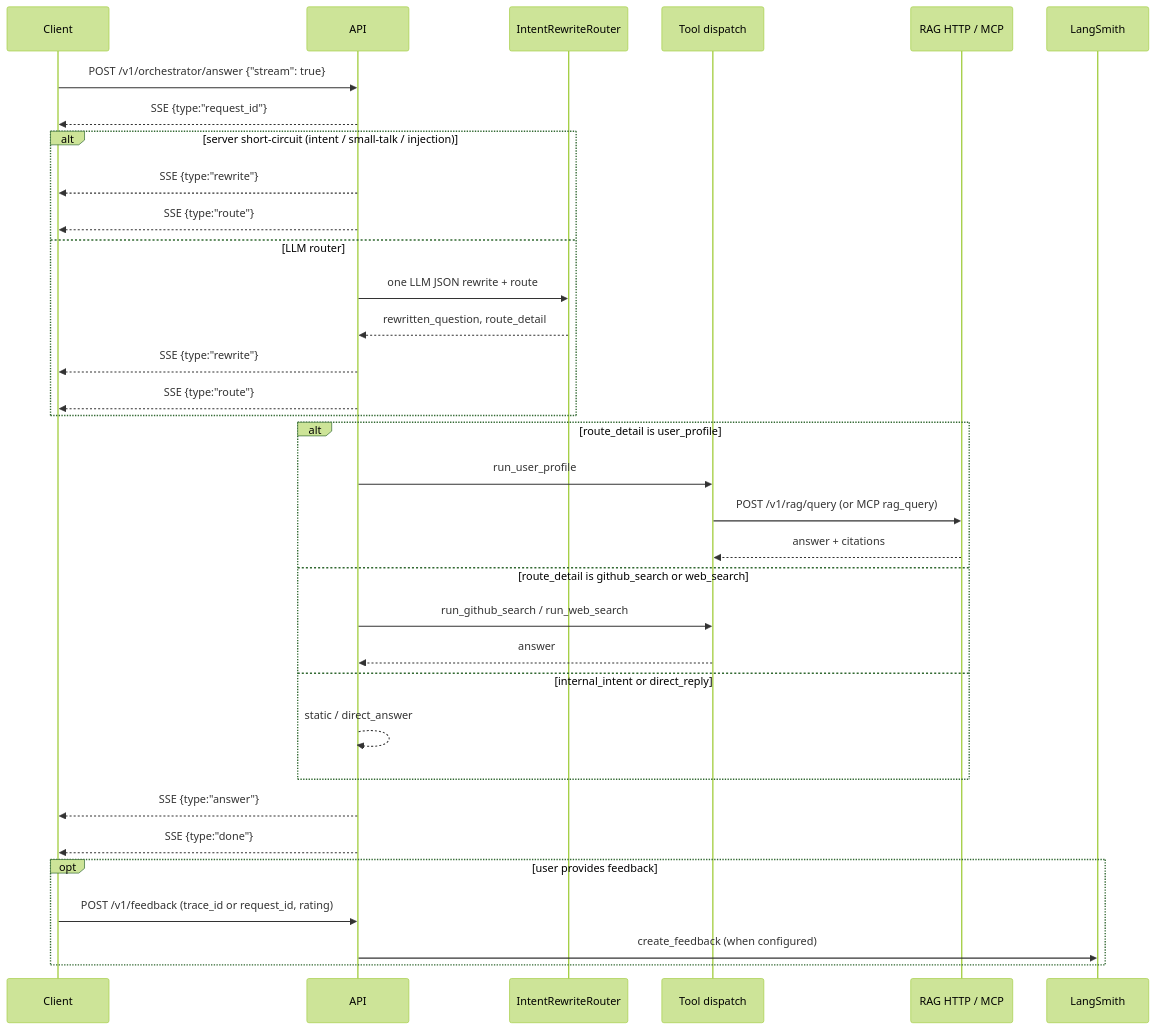
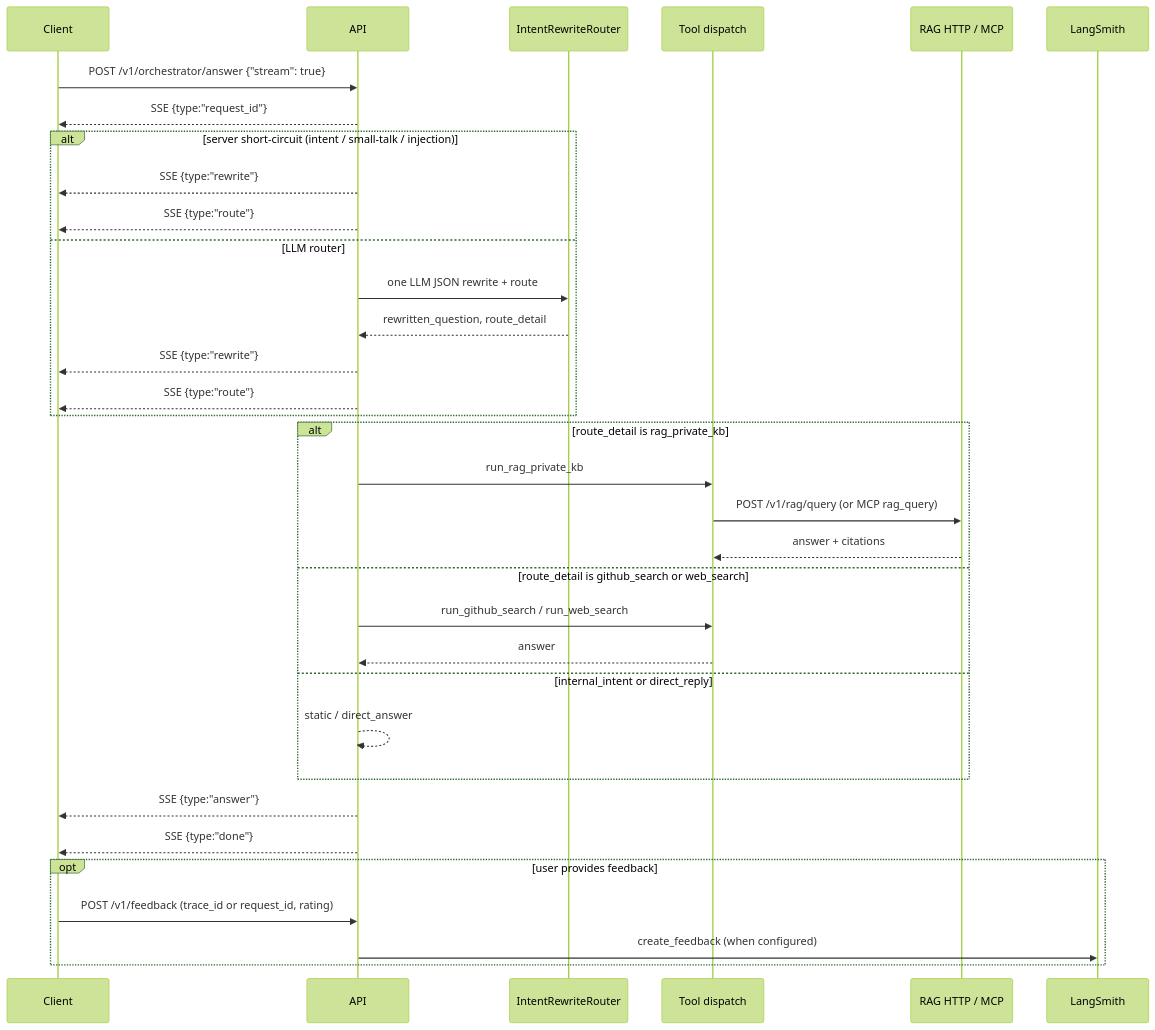
Before and after one commit to taixingbi/layer-orchestrator-v1: the diagram in docs/architecture.md, drawn with Mermaid (forest theme). The commit also changed other lines of this file and 30 other files, not shown here.

````diff
--- a/docs/architecture.md
+++ b/docs/architecture.md
@@ -125,41 +125,41 @@
 ```mermaid
 sequenceDiagram
   participant Client
   participant API
   participant Router as IntentRewriteRouter
   participant Tools as Tool dispatch
   participant RAG as RAG HTTP / MCP
   participant LangSmith
 
   Client->>API: POST /v1/orchestrator/answer {"stream": true}
   API-->>Client: SSE {type:"request_id"}
 
   alt server short-circuit (intent / small-talk / injection)
     API-->>Client: SSE {type:"rewrite"}
     API-->>Client: SSE {type:"route"}
   else LLM router
     API->>Router: one LLM JSON rewrite + route
     Router-->>API: rewritten_question, route_detail
     API-->>Client: SSE {type:"rewrite"}
     API-->>Client: SSE {type:"route"}
   end
 
-  alt route_detail is user_profile
-    API->>Tools: run_user_profile
+  alt route_detail is rag_private_kb
+    API->>Tools: run_rag_private_kb
     Tools->>RAG: POST /v1/rag/query (or MCP rag_query)
     RAG-->>Tools: answer + citations
   else route_detail is github_search or web_search
     API->>Tools: run_github_search / run_web_search
     Tools-->>API: answer
   else internal_intent or direct_reply
     API-->>API: static / direct_answer
   end
 
   API-->>Client: SSE {type:"answer"}
   API-->>Client: SSE {type:"done"}
 
   opt user provides feedback
     Client->>API: POST /v1/feedback (trace_id or request_id, rating)
     API->>LangSmith: create_feedback (when configured)
   end
 ```
````
